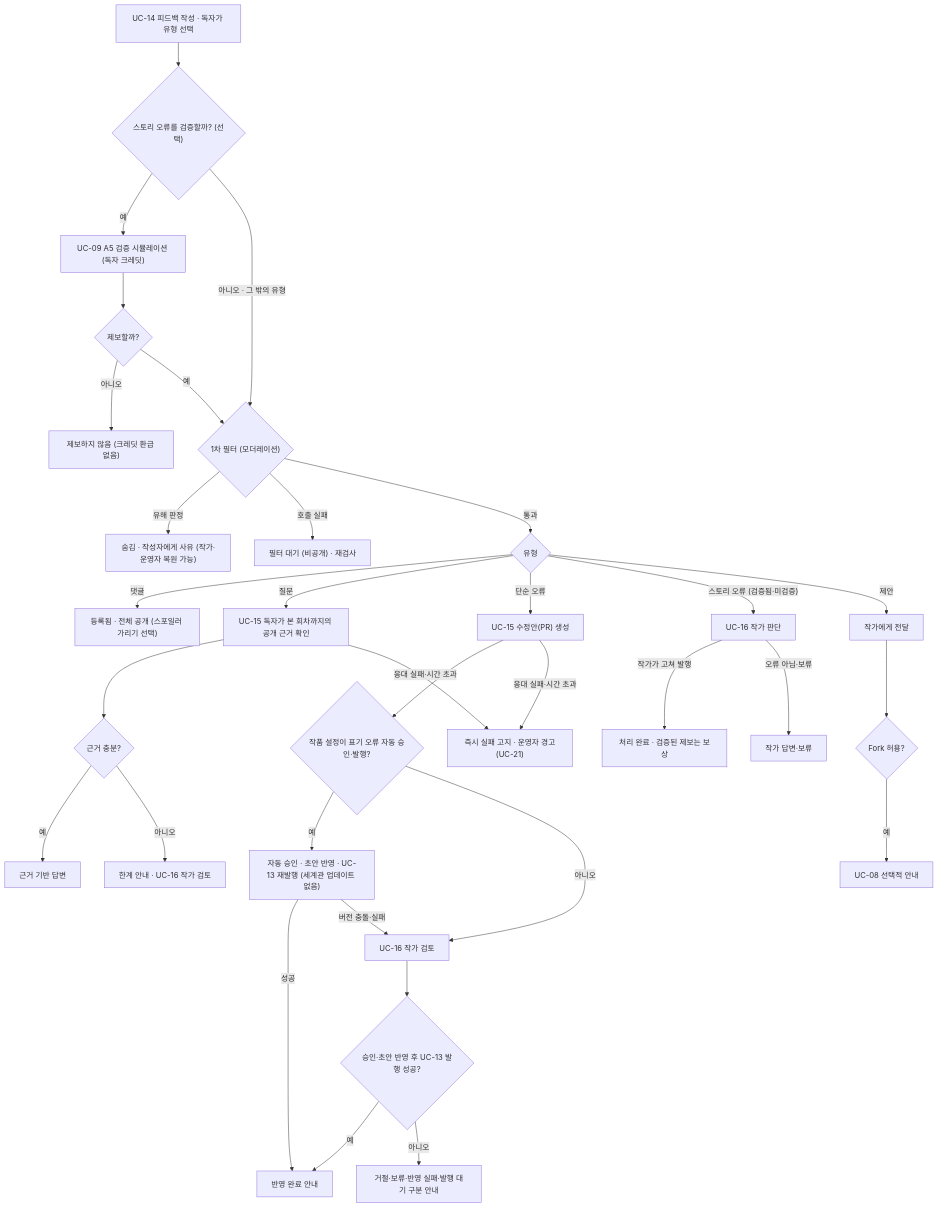
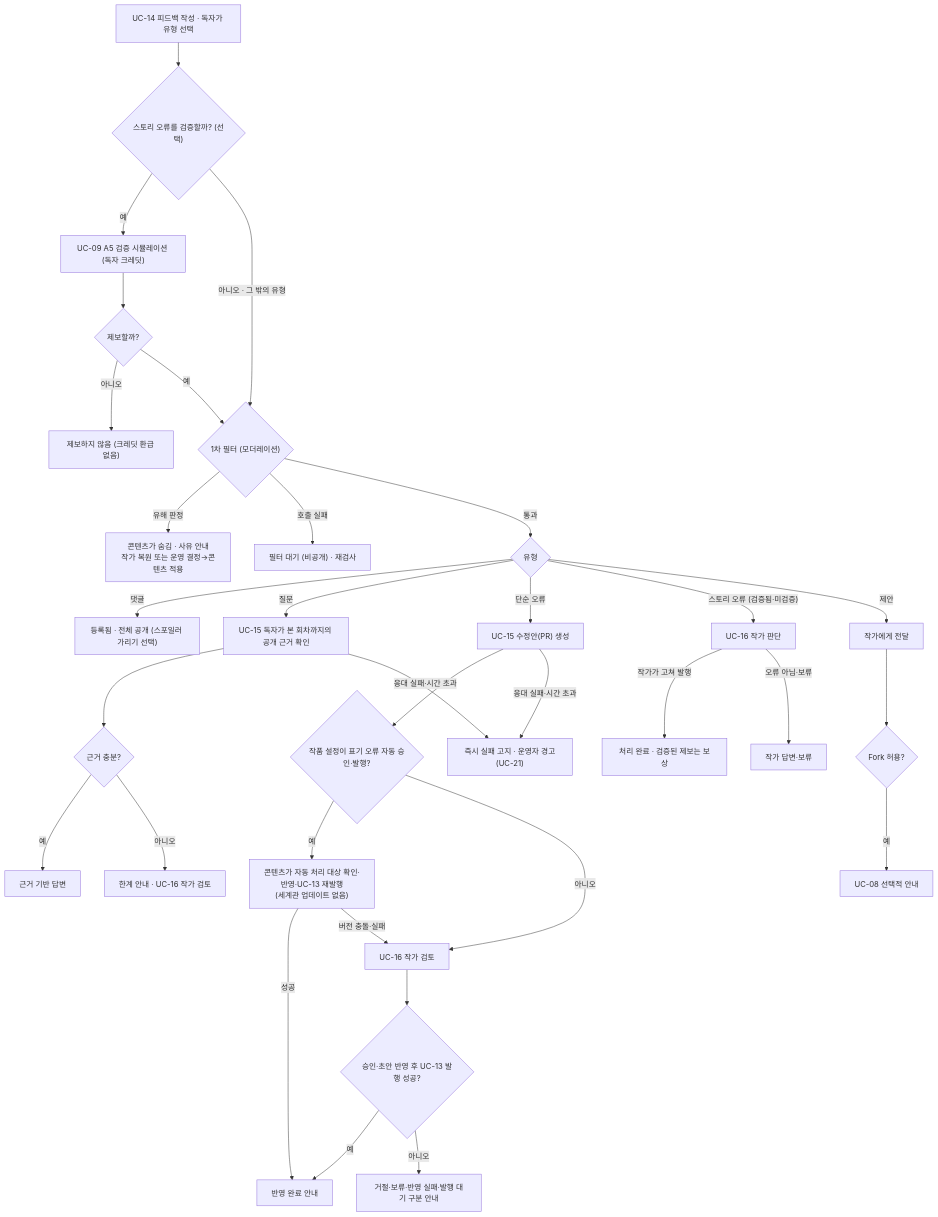
The ninth of 9 diagrams in docs/usecase.md (SKNETWORKS-FAMILY-AICAMP/SKN34-FINAL-4TEAM), drawn with Mermaid before and after one commit. The commit also changed other lines of this file and 79 other files, not shown here.

````diff
--- a/docs/usecase.md
+++ b/docs/usecase.md
@@ -496,34 +499,34 @@
 ```mermaid
 flowchart TD
   A["UC-14 피드백 작성 · 독자가 유형 선택"] --> A0{"스토리 오류를 검증할까? (선택)"}
   A0 -->|"예"| V["UC-09 A5 검증 시뮬레이션 (독자 크레딧)"]
   V --> V1{"제보할까?"}
   V1 -->|"아니오"| V2["제보하지 않음 (크레딧 환급 없음)"]
   V1 -->|"예"| F0
   A0 -->|"아니오 · 그 밖의 유형"| F0{"1차 필터 (모더레이션)"}
-  F0 -->|"유해 판정"| F1["숨김 · 작성자에게 사유 (작가·운영자 복원 가능)"]
+  F0 -->|"유해 판정"| F1["콘텐츠가 숨김 · 사유 안내<br/>작가 복원 또는 운영 결정→콘텐츠 적용"]
   F0 -->|"호출 실패"| F2["필터 대기 (비공개) · 재검사"]
   F0 -->|"통과"| A1{"유형"}
   A1 -->|"댓글"| A2["등록됨 · 전체 공개 (스포일러 가리기 선택)"]
   A1 -->|"질문"| D["UC-15 독자가 본 회차까지의 공개 근거 확인"]
   D --> E{"근거 충분?"}
   E -->|"예"| F["근거 기반 답변"]
   E -->|"아니오"| G["한계 안내 · UC-16 작가 검토"]
   A1 -->|"단순 오류"| H["UC-15 수정안(PR) 생성"]
   H --> S{"작품 설정이 표기 오류 자동 승인·발행?"}
-  S -->|"예"| T["자동 승인 · 초안 반영 · UC-13 재발행 (세계관 업데이트 없음)"]
+  S -->|"예"| T["콘텐츠가 자동 처리 대상 확인·반영·UC-13 재발행<br/>(세계관 업데이트 없음)"]
   S -->|"아니오"| I["UC-16 작가 검토"]
   T -->|"성공"| K["반영 완료 안내"]
   T -->|"버전 충돌·실패"| I
   I --> J{"승인·초안 반영 후 UC-13 발행 성공?"}
   J -->|"예"| K
   J -->|"아니오"| L["거절·보류·반영 실패·발행 대기 구분 안내"]
   A1 -->|"스토리 오류 (검증됨·미검증)"| W["UC-16 작가 판단"]
   W -->|"작가가 고쳐 발행"| K2["처리 완료 · 검증된 제보는 보상"]
   W -->|"오류 아님·보류"| P["작가 답변·보류"]
   A1 -->|"제안"| M["작가에게 전달"]
   M --> N{"Fork 허용?"}
   N -->|"예"| O["UC-08 선택적 안내"]
   D -->|"응대 실패·시간 초과"| Q["즉시 실패 고지 · 운영자 경고(UC-21)"]
   H -->|"응대 실패·시간 초과"| Q
 ```
````
